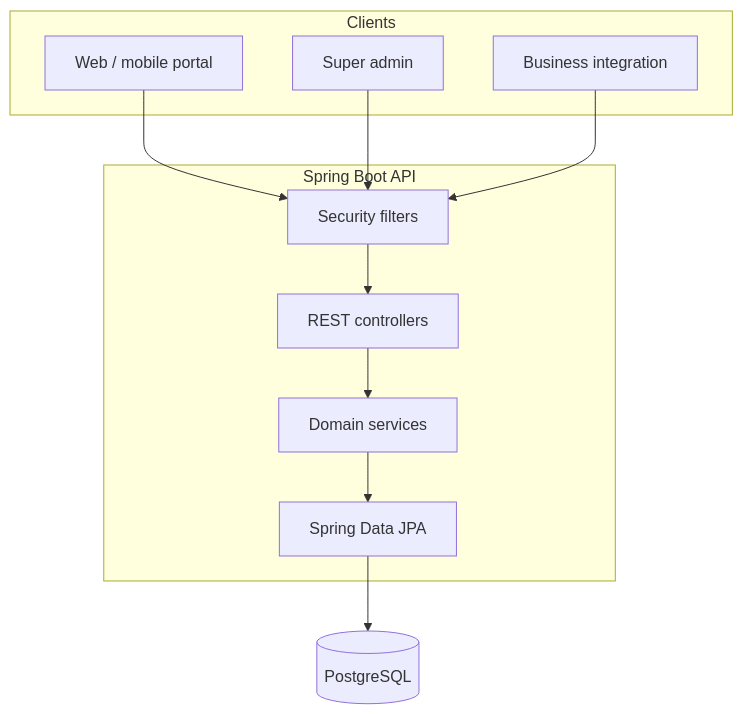
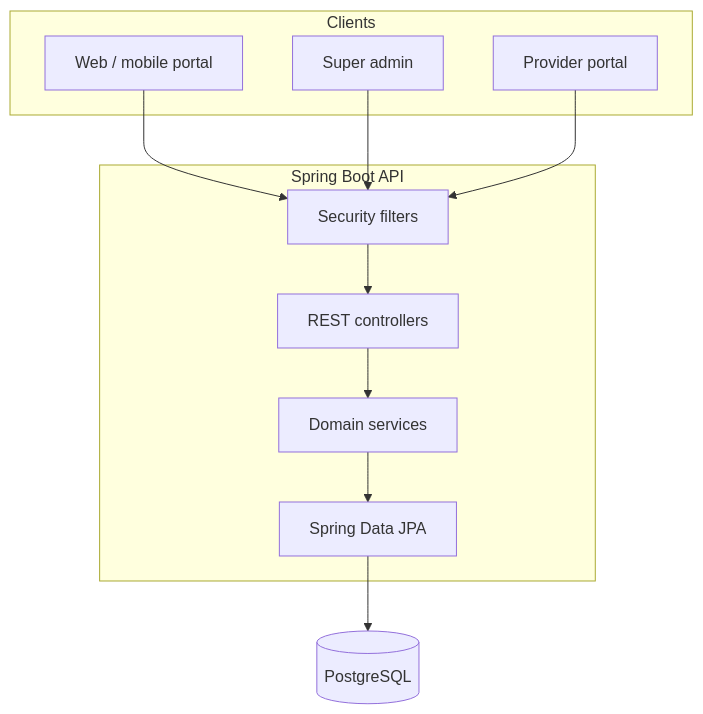
The first of 2 diagrams in docs/ARCHITECTURE.md (runalb/digi-payment-gateway), drawn with Mermaid before and after one commit. The commit also changed other lines of this file and 7 other files, not shown here.

````diff
--- a/docs/ARCHITECTURE.md
+++ b/docs/ARCHITECTURE.md
@@ -13,25 +13,25 @@
 ```mermaid
 flowchart TB
     subgraph clients [Clients]
         Web[Web / mobile portal]
         Admin[Super admin]
-        Merchant[Business integration]
+        Provider[Provider portal]
     end
 
     subgraph api [Spring Boot API]
         Filters[Security filters]
         Controllers[REST controllers]
         Services[Domain services]
         JPA[Spring Data JPA]
     end
 
     DB[(PostgreSQL)]
 
     Web --> Filters
     Admin --> Filters
-    Merchant --> Filters
+    Provider --> Filters
     Filters --> Controllers
     Controllers --> Services
     Services --> JPA
     JPA --> DB
 ```
````
